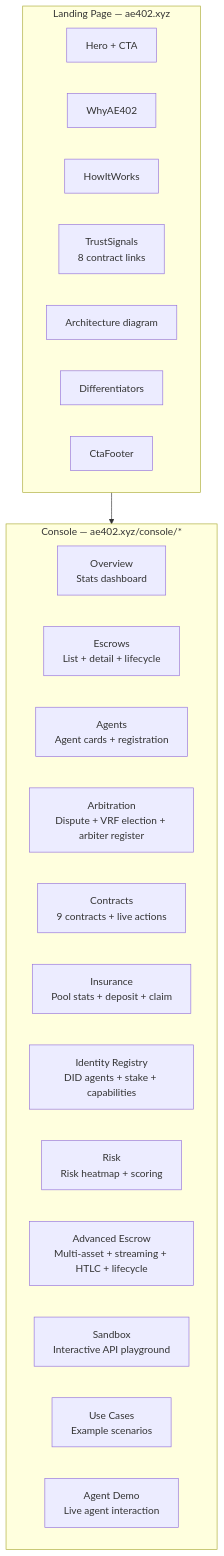
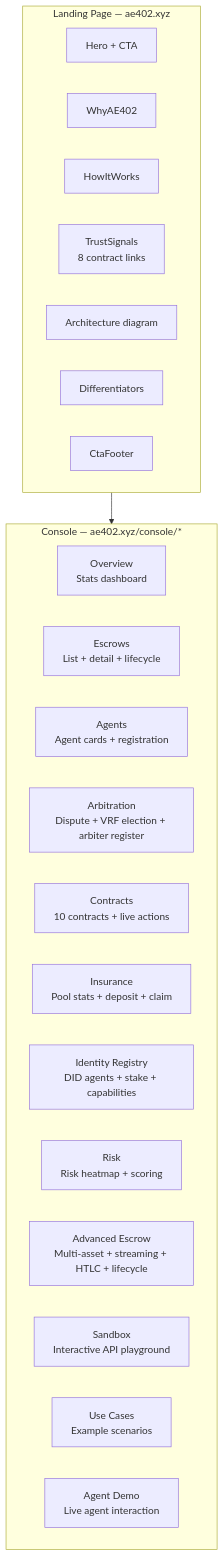
Before and after one commit to alexbelij/AgentEscrow402: the third of 12 diagrams in docs/ARCHITECTURE.md, drawn with Mermaid. The commit also changed other lines of this file and 4 other files, not shown here.

Commit message:
docs: bump live contract count 9->10 (casper_htlc added to TX_MANIFEST + README + ARCHITECTURE + STATUS), remove CasperProver cross-reference in test

````diff
--- a/docs/ARCHITECTURE.md
+++ b/docs/ARCHITECTURE.md
@@ -299,29 +299,29 @@
 ```mermaid
 graph TB
     subgraph Landing [Landing Page — ae402.xyz]
         Hero[Hero + CTA]
         Why[WhyAE402]
         HW[HowItWorks]
         TS[TrustSignals<br/>8 contract links]
         Arch[Architecture diagram]
         Diff[Differentiators]
         CTA[CtaFooter]
     end
 
     subgraph Console [Console — ae402.xyz/console/*]
         OV[Overview<br/>Stats dashboard]
         ESC_P[Escrows<br/>List + detail + lifecycle]
         AGT[Agents<br/>Agent cards + registration]
         ARBI[Arbitration<br/>Dispute + VRF election + arbiter register]
-        CON[Contracts<br/>9 contracts + live actions]
+        CON[Contracts<br/>10 contracts + live actions]
         INS_P[Insurance<br/>Pool stats + deposit + claim]
         ID[Identity Registry<br/>DID agents + stake + capabilities]
         RISK_P[Risk<br/>Risk heatmap + scoring]
         ADV[Advanced Escrow<br/>Multi-asset + streaming + HTLC + lifecycle]
         SAND[Sandbox<br/>Interactive API playground]
         UC[Use Cases<br/>Example scenarios]
         DEMO[Agent Demo<br/>Live agent interaction]
     end
 
     Landing --> Console
 ```
````
